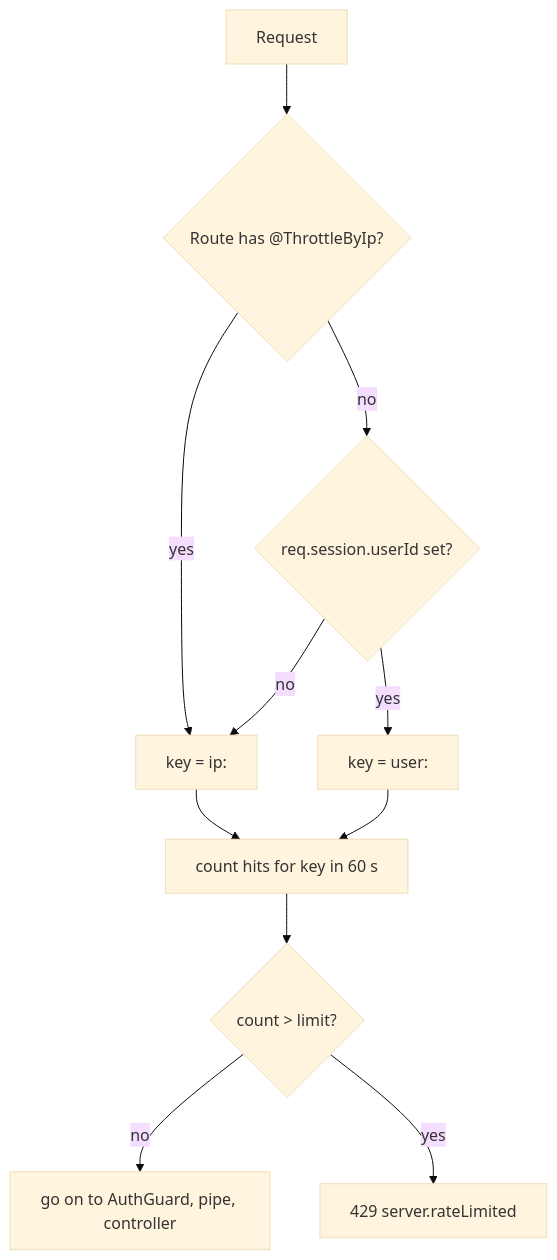
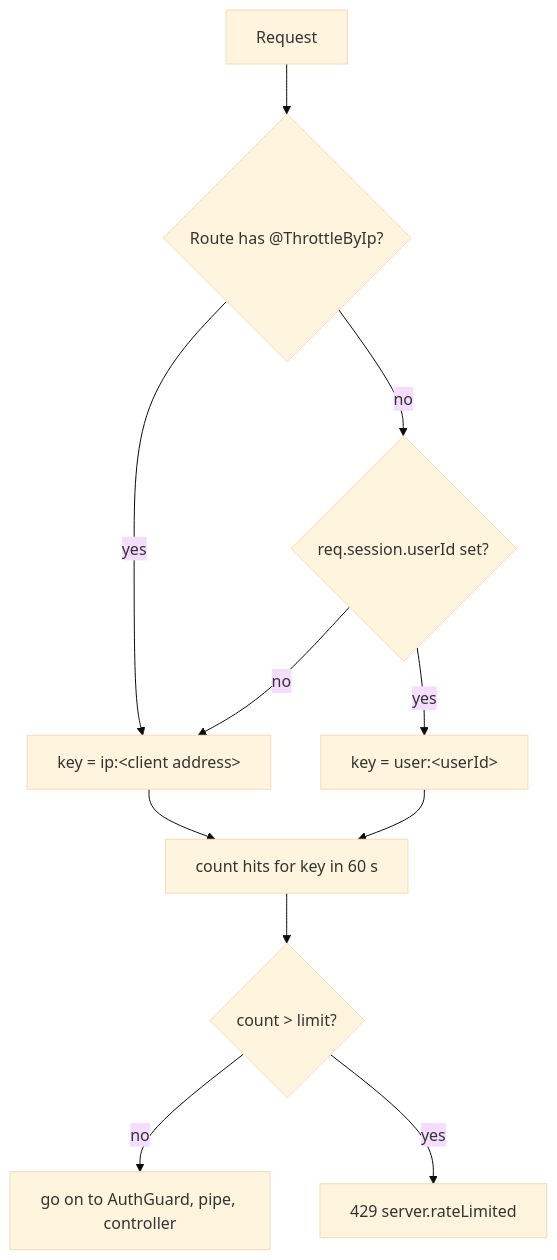
The third of 7 diagrams in docs/api/03-infrastructure.md (VictorBro/ft_transcendence), drawn with Mermaid (base theme) before and after one commit. The commit also changed other lines of this file and 223 other files, not shown here.

````diff
--- a/docs/api/03-infrastructure.md
+++ b/docs/api/03-infrastructure.md
@@ -233,13 +292,13 @@
 ```mermaid
 flowchart TD
     R["Request"] --> BYIP{"Route has @ThrottleByIp?"}
-    BYIP -- yes --> IP["key = ip:<client address>"]
+    BYIP -- yes --> IP["key = ip:#lt;client address#gt;"]
     BYIP -- no --> SES{"req.session.userId set?"}
-    SES -- yes --> U["key = user:<userId>"]
+    SES -- yes --> U["key = user:#lt;userId#gt;"]
     SES -- no --> IP
     IP --> CNT["count hits for key in 60 s"]
     U --> CNT
     CNT --> OK{"count > limit?"}
     OK -- no --> NEXT["go on to AuthGuard, pipe, controller"]
     OK -- yes --> E429["429 server.rateLimited"]
 ```
````
